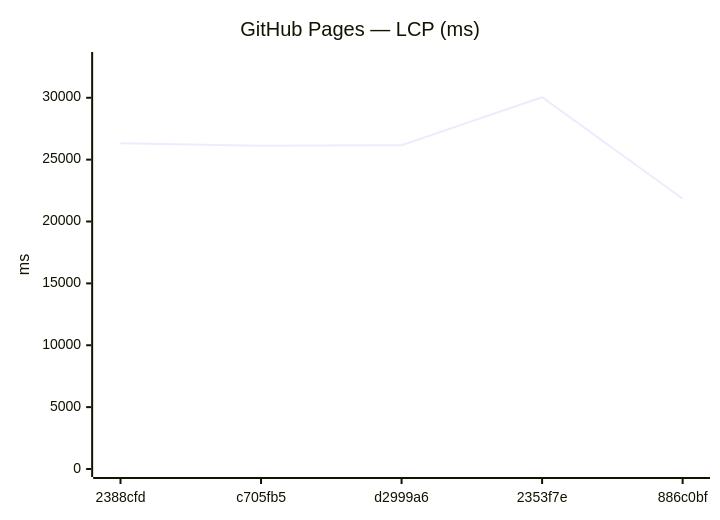
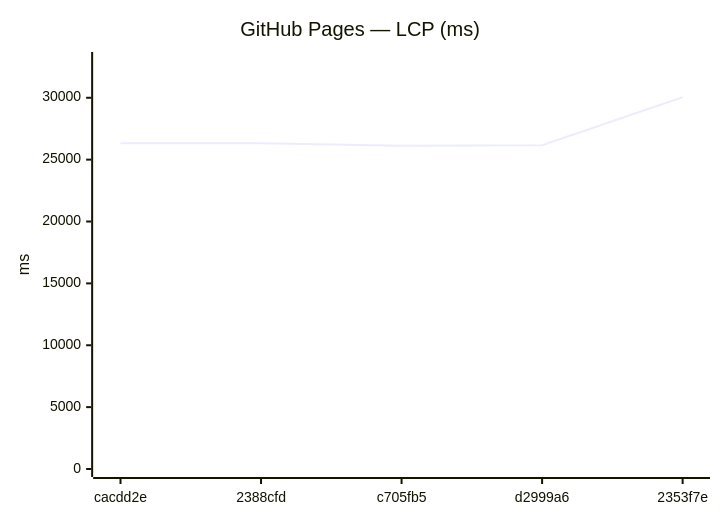
The seventh of 12 diagrams in benchmarks/compare.md (Metaheurist/Rianell), drawn with Mermaid before and after one commit. The commit also changed other lines of this file and 8 other files, not shown here.

````diff
--- a/benchmarks/compare.md
+++ b/benchmarks/compare.md
@@ -107,7 +107,7 @@
 ```mermaid
 xychart-beta
     title "GitHub Pages — LCP (ms)"
-    x-axis ["2388cfd", "c705fb5", "d2999a6", "2353f7e", "886c0bf"]
+    x-axis ["cacdd2e", "2388cfd", "c705fb5", "d2999a6", "2353f7e"]
     y-axis "ms" 0 --> 33052
-    line [26326, 26120, 26164, 30047, 21835]
+    line [26327, 26326, 26120, 26164, 30047]
 ```
````
